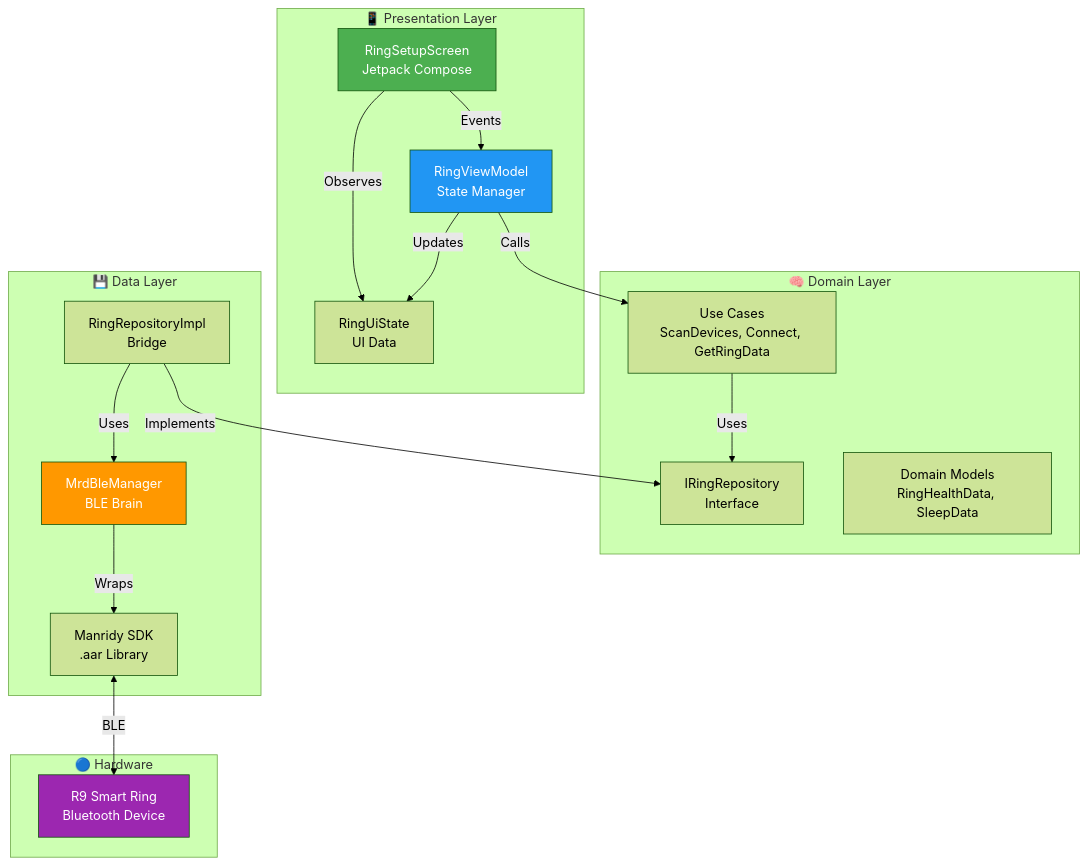
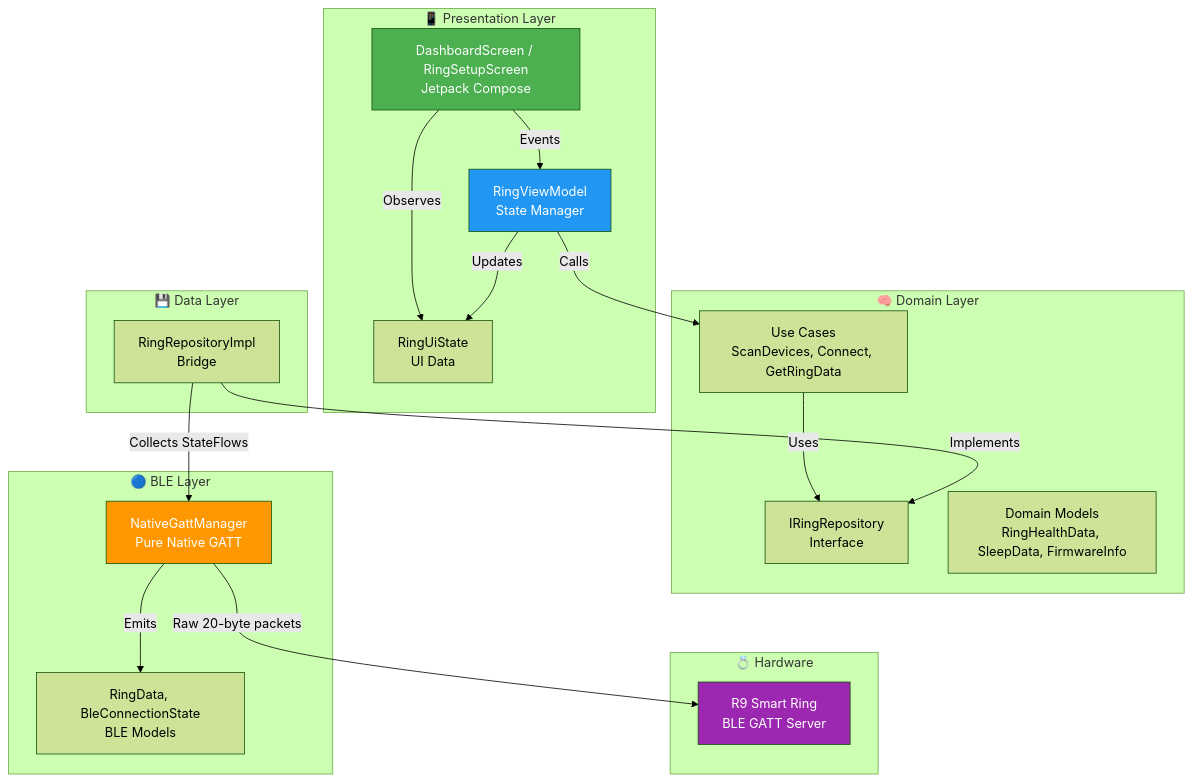
The first of 3 diagrams in README.md (soumya07ad/ble-ring-app), drawn with Mermaid (forest theme) before and after one commit. The commit also changed other lines of this file, not shown here.

Commit message:
Add comprehensive README with reverse engineering docs and BLE protocol reference

````diff
--- a/README.md
+++ b/README.md
@@ -62,39 +72,42 @@
 ```mermaid
 graph TD
     subgraph "📱 Presentation Layer"
-        UI[RingSetupScreen<br/>Jetpack Compose]
-        VM[RingViewModel<br/>State Manager]
-        STATE[RingUiState<br/>UI Data]
+        UI["DashboardScreen / RingSetupScreen<br/>Jetpack Compose"]
+        VM["RingViewModel<br/>State Manager"]
+        STATE["RingUiState<br/>UI Data"]
     end
 
     subgraph "🧠 Domain Layer"
-        UC[Use Cases<br/>ScanDevices, Connect, GetRingData]
-        REPO_INT[IRingRepository<br/>Interface]
-        MODEL[Domain Models<br/>RingHealthData, SleepData]
+        UC["Use Cases<br/>ScanDevices, Connect, GetRingData"]
+        REPO_INT["IRingRepository<br/>Interface"]
+        MODEL["Domain Models<br/>RingHealthData, SleepData, FirmwareInfo"]
     end
 
     subgraph "💾 Data Layer"
-        REPO[RingRepositoryImpl<br/>Bridge]
-        BLE[MrdBleManager<br/>BLE Brain]
-        SDK[Manridy SDK<br/>.aar Library]
+        REPO["RingRepositoryImpl<br/>Bridge"]
     end
 
-    subgraph "🔵 Hardware"
-        RING[R9 Smart Ring<br/>Bluetooth Device]
+    subgraph "🔵 BLE Layer"
+        BLE["NativeGattManager<br/>Pure Native GATT"]
+        MODELS["RingData, BleConnectionState<br/>BLE Models"]
+    end
+
+    subgraph "💍 Hardware"
+        RING["R9 Smart Ring<br/>BLE GATT Server"]
     end
 
     UI -->|Observes| STATE
     UI -->|Events| VM
     VM -->|Updates| STATE
     VM -->|Calls| UC
     UC -->|Uses| REPO_INT
     REPO -->|Implements| REPO_INT
-    REPO -->|Uses| BLE
-    BLE -->|Wraps| SDK
-    SDK <-->|BLE| RING
+    REPO -->|Collects StateFlows| BLE
+    BLE -->|Raw 20-byte packets| RING
+    BLE -->|Emits| MODELS
 
     style UI fill:#4CAF50,color:#fff
     style VM fill:#2196F3,color:#fff
     style BLE fill:#FF9800,color:#fff
     style RING fill:#9C27B0,color:#fff
 ```
````
